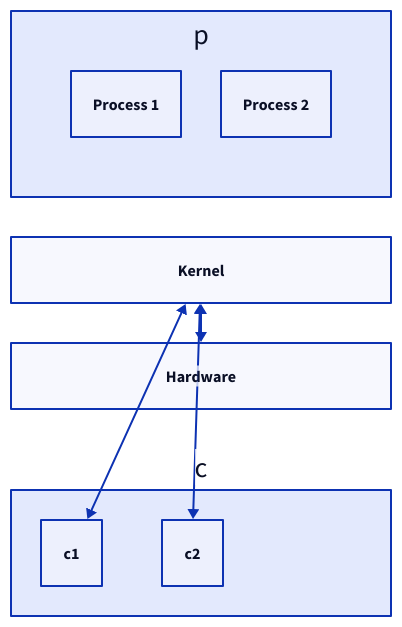
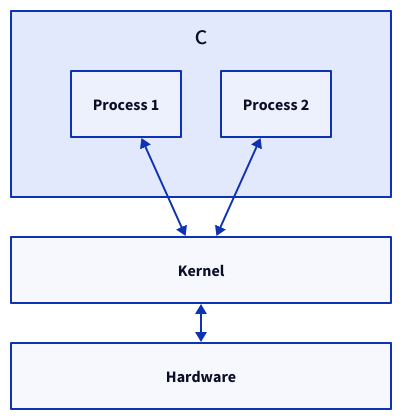
Before and after one commit to link1905/system-design-101: the first of 25 diagrams in content/docs/system-administration/system-deployment/containerization.md, drawn with D2. The commit also changed other lines of this file and 9 other files, not shown here.

````diff
--- a/content/docs/system-administration/system-deployment/containerization.md
+++ b/content/docs/system-administration/system-deployment/containerization.md
@@ -20,22 +23,22 @@
 ```d2
 grid-columns: 1
-p: {
+c {
   class: none
   grid-rows: 1
   c1: Process 1 {
     class: process
   }
   c2: Process 2 {
     class: process
   }
 }
 k: Kernel {
   class: gw
 }
 h: Hardware {
   class: hw
 }
 c.c1 <-> k
 c.c2 <-> k
 k <-> h
 ```
````
